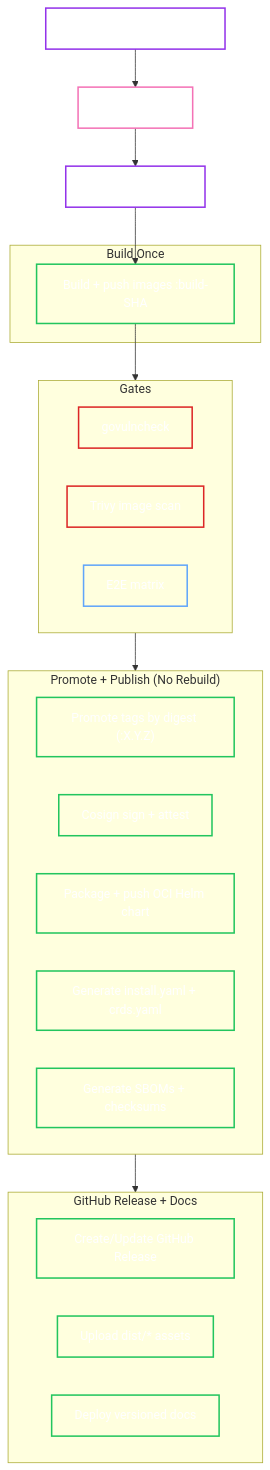
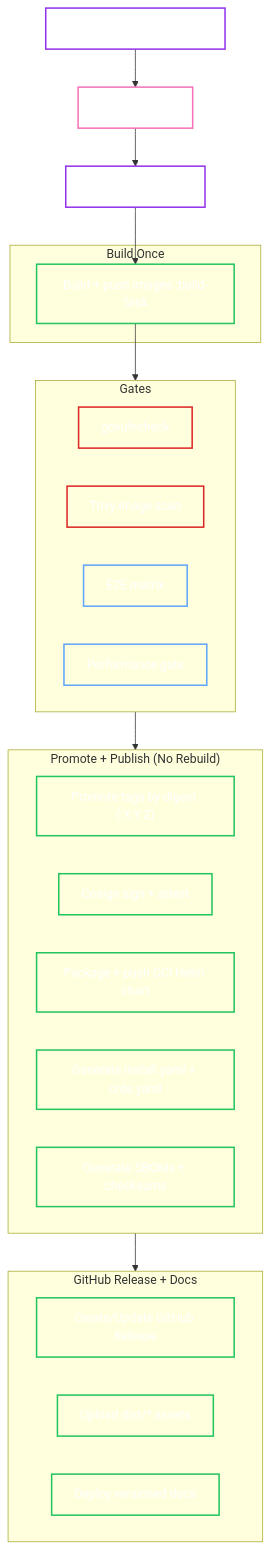
The diagram in docs/contributing/release-management.md (dc-tec/openbao-operator), drawn with Mermaid before and after one commit. The commit also changed other lines of this file and 19 other files, not shown here.

````diff
--- a/docs/contributing/release-management.md
+++ b/docs/contributing/release-management.md
@@ -71,47 +71,48 @@
 ```mermaid
 graph TD
     RP[Merge release-please PR] --> GitTag[Git tag: X.Y.Z]
 
     GitTag --> Prepare[Prepare variables]
 
     subgraph Build [Build Once]
         Img[Build + push images :build-SHA]
     end
 
     subgraph Gate [Gates]
         Vuln[govulncheck]
         Scan[Trivy image scan]
         Test[E2E matrix]
+        Perf[Performance gate]
     end
 
     subgraph Promote ["Promote + Publish (No Rebuild)"]
         Retag["Promote tags by digest (:X.Y.Z)"]
         Sign[Cosign sign + attest]
         Chart[Package + push OCI Helm chart]
         Manifests[Generate install.yaml + crds.yaml]
         SBOM[Generate SBOMs + checksums]
     end
 
     subgraph Publish [GitHub Release + Docs]
         GH[Create/Update GitHub Release]
         Assets[Upload dist/* assets]
         Docs[Deploy versioned docs]
     end
 
     Prepare --> Img
     Img --> Gate
     Gate --> Promote
     Promote --> Publish
 
     classDef process fill:transparent,stroke:#9333ea,stroke-width:2px,color:#fff;
     classDef read fill:transparent,stroke:#60a5fa,stroke-width:2px,color:#fff;
     classDef write fill:transparent,stroke:#22c55e,stroke-width:2px,color:#fff;
     classDef security fill:transparent,stroke:#dc2626,stroke-width:2px,color:#fff;
     classDef git fill:transparent,stroke:#f472b6,stroke-width:2px,color:#fff;
     
     class RP,Prepare process;
     class GitTag git;
     class Img,Retag,Sign,Chart,Manifests,SBOM,GH,Assets,Docs write;
     class Vuln,Scan security;
-    class Test read;
+    class Test,Perf read;
 ```
````
